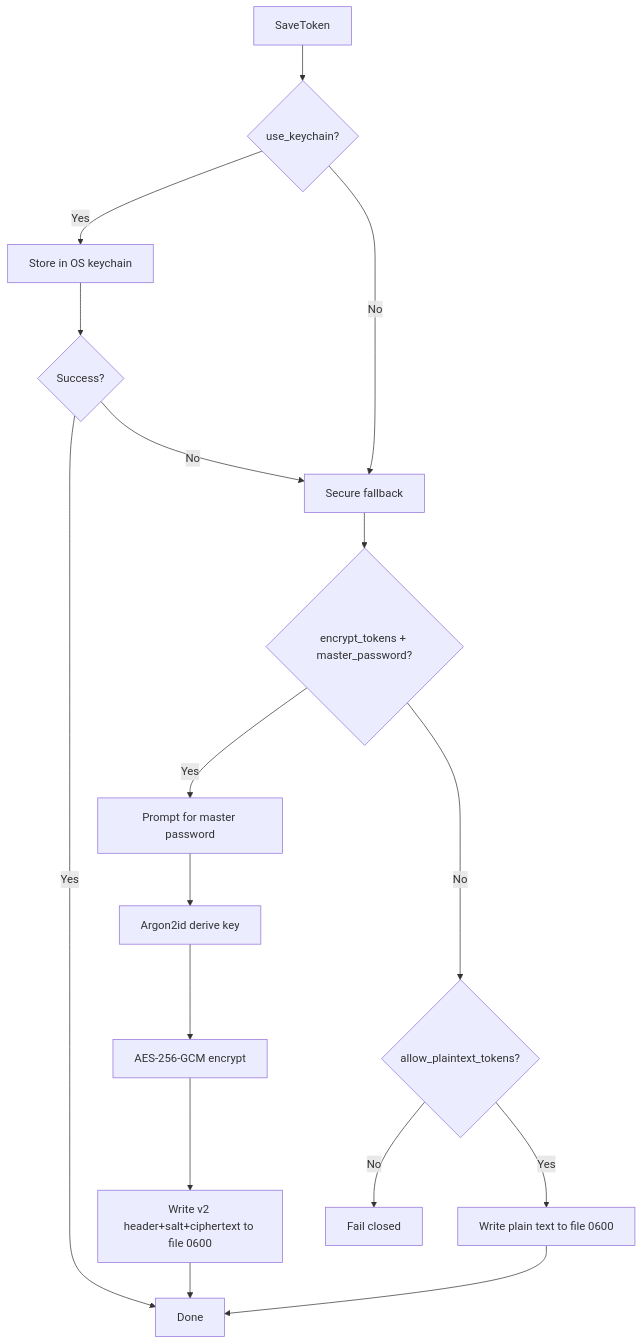
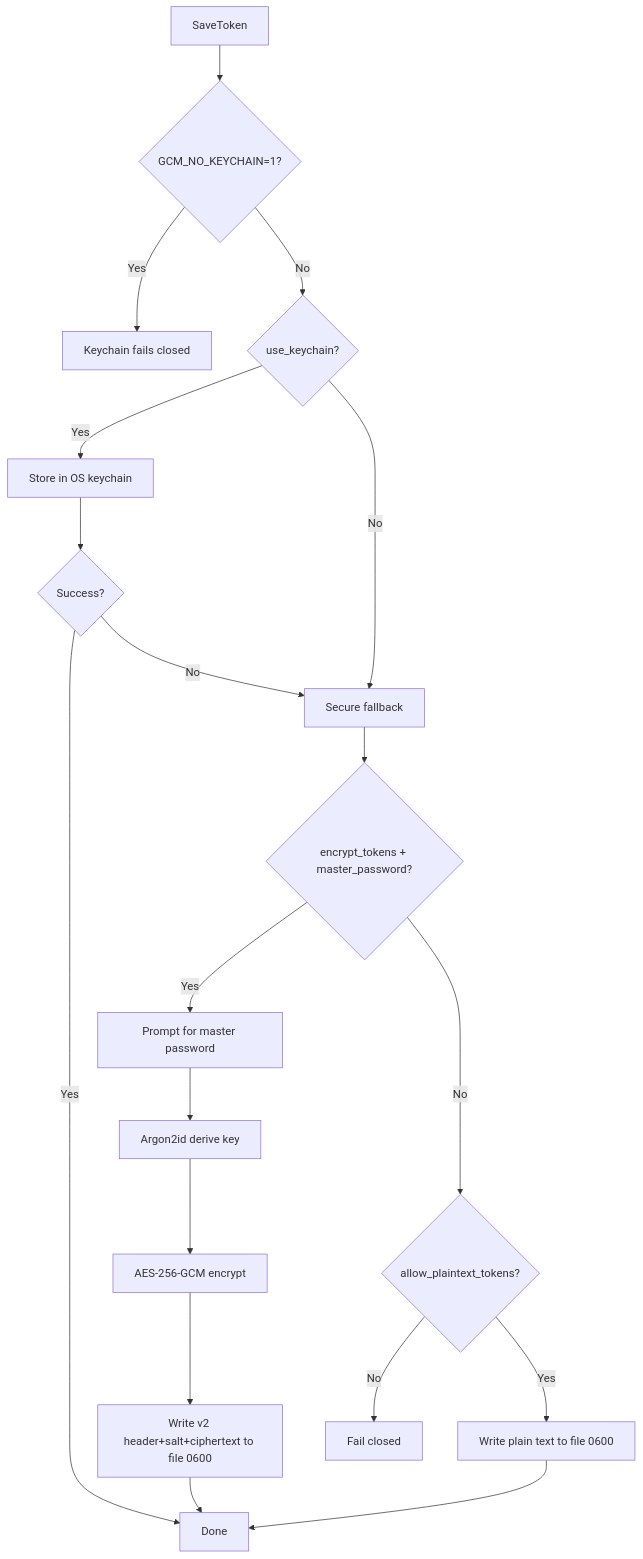
Diagram 12 of 15 in docs/data-flow.md (justjundana/git-config-manager), drawn with Mermaid before and after one commit. The commit also changed 16 other files, not shown here.

````diff
--- a/docs/data-flow.md
+++ b/docs/data-flow.md
@@ -359,21 +359,23 @@
 ```mermaid
 flowchart TD
-    Start[SaveToken] --> CheckKeychain{use_keychain?}
+    Start[SaveToken] --> KillSwitch{GCM_NO_KEYCHAIN=1?}
+    KillSwitch -->|Yes| SkipKeychain[Keychain fails closed]
+    KillSwitch -->|No| CheckKeychain{use_keychain?}
     CheckKeychain -->|Yes| TryKeychain[Store in OS keychain]
     TryKeychain --> KeychainOK{Success?}
     KeychainOK -->|Yes| Done[Done]
     KeychainOK -->|No| FallThrough[Secure fallback]
     
     CheckKeychain -->|No| FallThrough
     FallThrough --> CheckEncrypt{encrypt_tokens + master_password?}
     CheckEncrypt -->|Yes| PromptPW[Prompt for master password]
     PromptPW --> DeriveKey[Argon2id derive key]
     DeriveKey --> Encrypt[AES-256-GCM encrypt]
     Encrypt --> WriteEnc[Write v2 header+salt+ciphertext to file 0600]
     WriteEnc --> Done
     
     CheckEncrypt -->|No| CheckPlain{allow_plaintext_tokens?}
     CheckPlain -->|Yes| WritePlain[Write plain text to file 0600]
     CheckPlain -->|No| FailClosed[Fail closed]
     WritePlain --> Done
 ```
````
